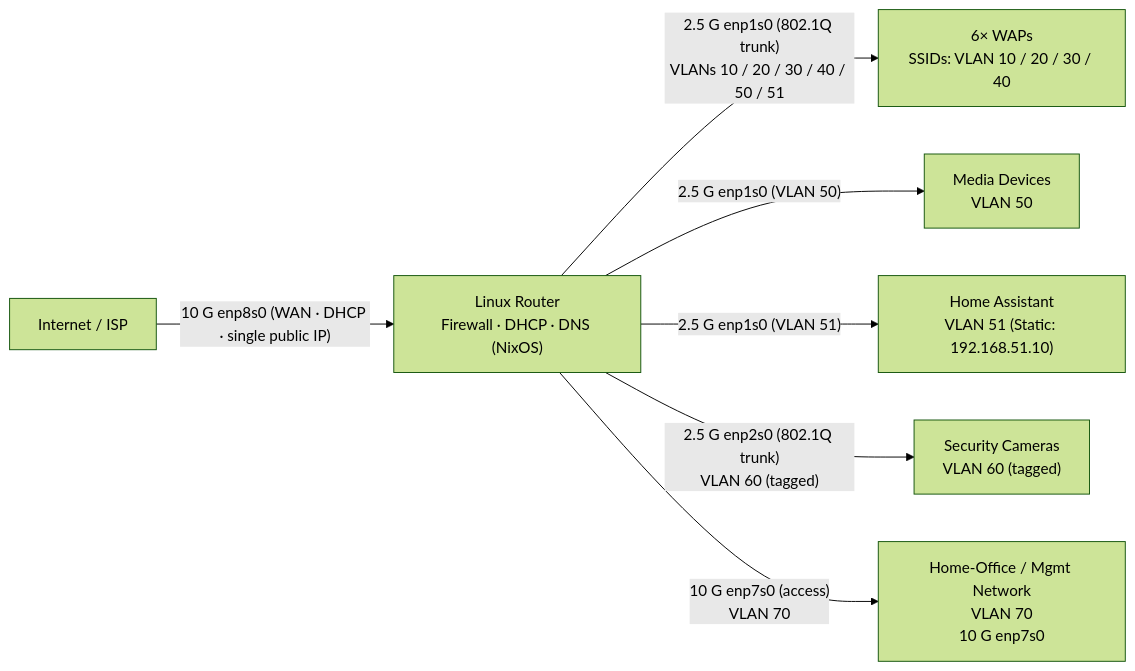
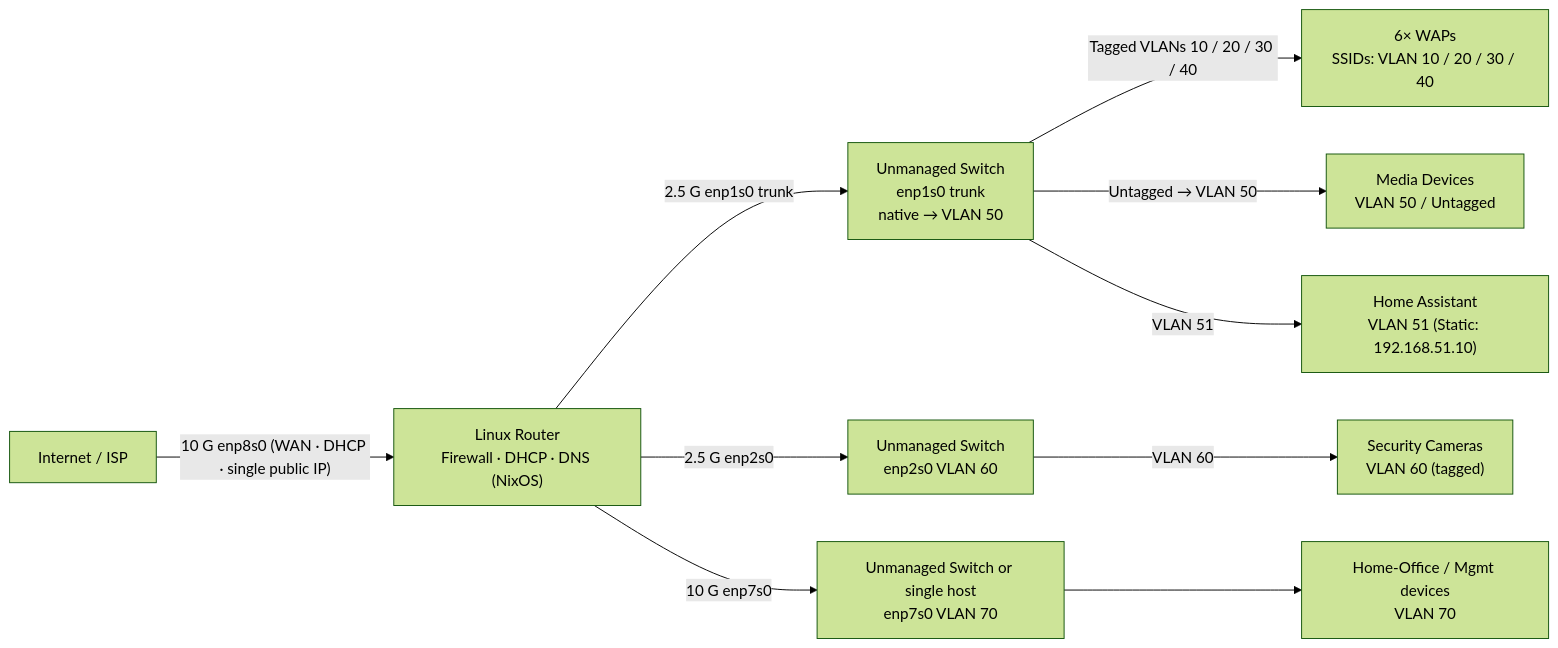
Before and after one commit to GEMISIS/home-network-setup: the diagram in ARCH.md, drawn with Mermaid (forest theme). The commit also changed other lines of this file and 1 other file, not shown here.

Commit message:
Document switch placement and VLAN access rules

````diff
--- a/ARCH.md
+++ b/ARCH.md
@@ -28,20 +28,26 @@
 ```mermaid
 flowchart LR
     %% ── Nodes ────────────────────────────────────────────────
     ISP["Internet / ISP"]
     Router["Linux Router<br/>Firewall · DHCP · DNS (NixOS)"]
+    SW1["Unmanaged Switch<br/>enp1s0 trunk<br/>native → VLAN 50"]
+    SW2["Unmanaged Switch<br/>enp2s0 VLAN 60"]
+    SW3["Unmanaged Switch or single host<br/>enp7s0 VLAN 70"]
     WAPs["6× WAPs<br/>SSIDs: VLAN 10 / 20 / 30 / 40"]
-    Media["Media Devices<br/>VLAN 50"]
+    Media["Media Devices<br/>VLAN 50 / Untagged"]
     HA["Home Assistant<br/>VLAN 51 (Static: 192.168.51.10)"]
     Cameras["Security Cameras<br/>VLAN 60 (tagged)"]
-    HomeOffice["Home‑Office / Mgmt Network<br/>VLAN 70<br/>10 G enp7s0"]
+    HomeOffice["Home‑Office / Mgmt devices<br/>VLAN 70"]
 
     %% ── Links (corrected NIC mapping) ────────────────────────
     ISP -->|"10 G enp8s0 (WAN · DHCP · single public IP)"| Router
 
-    Router -->|"2.5 G enp1s0 (802.1Q trunk)<br/>VLANs 10 / 20 / 30 / 40 / 50 / 51"| WAPs
-    Router -->|"2.5 G enp1s0 (VLAN 50)"| Media
-    Router -->|"2.5 G enp1s0 (VLAN 51)"| HA
-    Router -->|"2.5 G enp2s0 (802.1Q trunk)<br/>VLAN 60 (tagged)"| Cameras
-    Router -->|"10 G enp7s0 (access)<br/>VLAN 70"| HomeOffice
+    Router -->|"2.5 G enp1s0 trunk"| SW1
+    SW1 -->|"Tagged VLANs 10 / 20 / 30 / 40"| WAPs
+    SW1 -->|"Untagged → VLAN 50"| Media
+    SW1 -->|"VLAN 51"| HA
+    Router -->|"2.5 G enp2s0"| SW2
+    SW2 -->|"VLAN 60"| Cameras
+    Router -->|"10 G enp7s0"| SW3
+    SW3 --> HomeOffice
 ```
````
